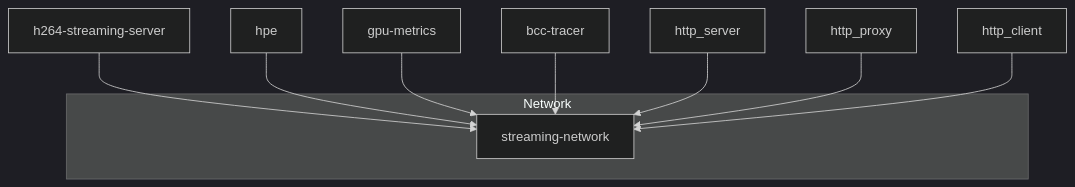
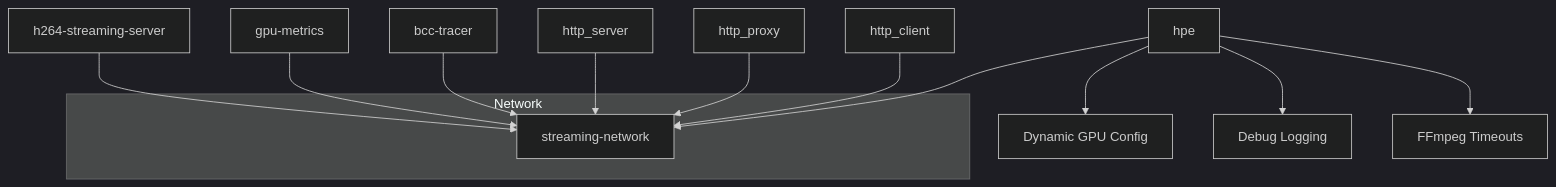
One commit to Fogus-Gr/MeasurementsDTs changed the seventh of 7 diagrams in .qoder/repowiki/en/content/Deployment Infrastructure/Deployment Infrastructure.md. Above: the diagram before and after it, drawn with Mermaid (dark theme). The commit also changed other lines of this file and 8 other files, not shown here.

````diff
--- a/.qoder/repowiki/en/content/Deployment Infrastructure/Deployment Infrastructure.md
+++ b/.qoder/repowiki/en/content/Deployment Infrastructure/Deployment Infrastructure.md
@@ -262,13 +316,16 @@
 ```mermaid
 graph TB
 subgraph "Network"
 Net["streaming-network"]
 end
 S["h264-streaming-server"] --> Net
 H["hpe"] --> Net
 G["gpu-metrics"] --> Net
 B["bcc-tracer"] --> Net
 DS["http_server"] --> Net
 DP["http_proxy"] --> Net
 DC["http_client"] --> Net
+H --> D["Dynamic GPU Config"]
+H --> L["Debug Logging"]
+H --> T["FFmpeg Timeouts"]
 ```
````
